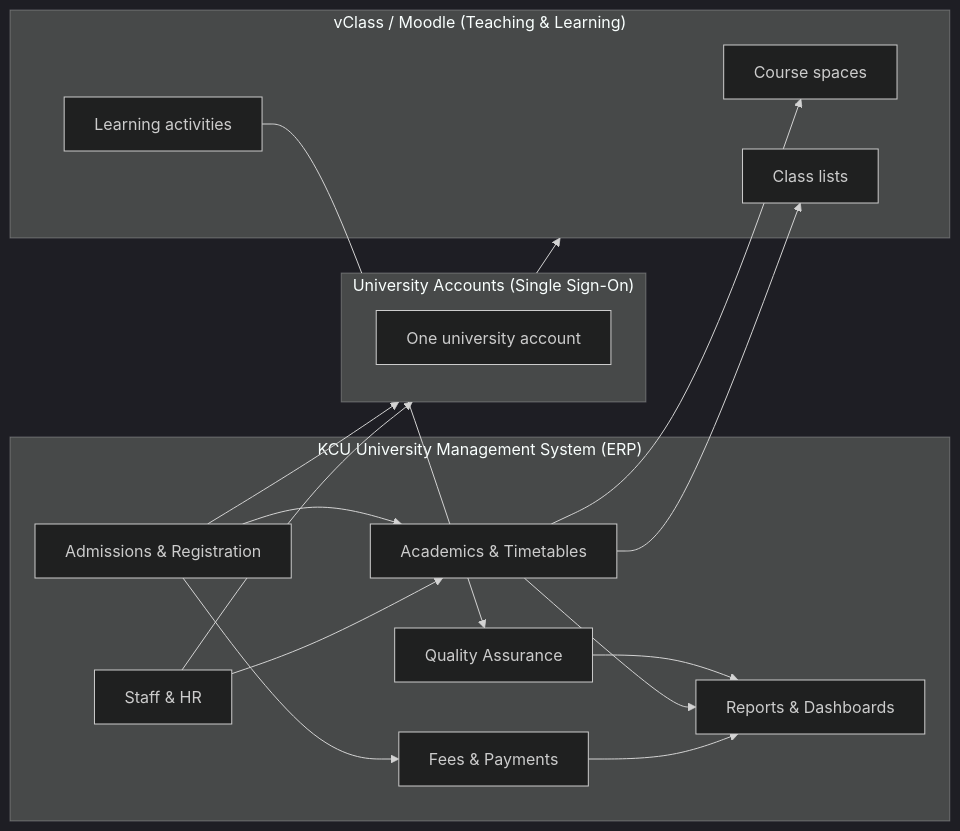
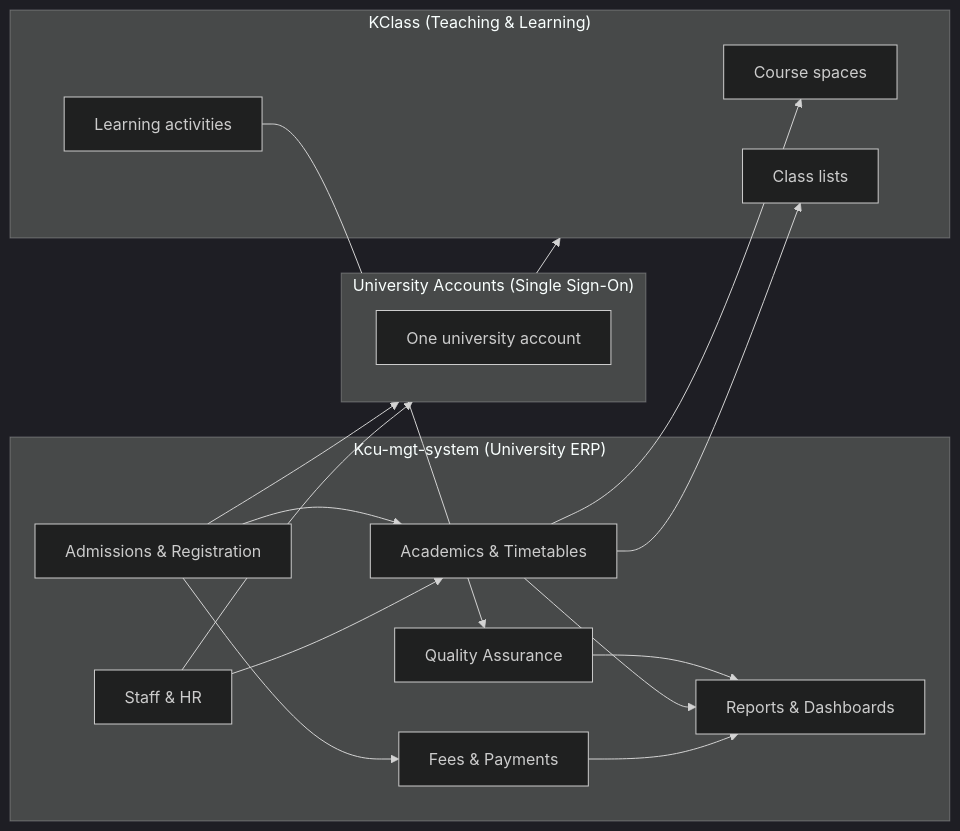
One commit to Iranks20/university-mgt-system-frontend changed the third of 6 diagrams in docs/FLOW_OVERVIEW_README.md. Above: the diagram before and after it, drawn with Mermaid (dark theme). The commit also changed other lines of this file, not shown here.

````diff
--- a/docs/FLOW_OVERVIEW_README.md
+++ b/docs/FLOW_OVERVIEW_README.md
@@ -93,36 +93,36 @@
 ```mermaid
 flowchart LR
-  subgraph KCU["KCU University Management System (ERP)"]
+  subgraph KCU["Kcu-mgt-system (University ERP)"]
     REG[Admissions & Registration]
     ACAD[Academics & Timetables]
     FIN[Fees & Payments]
     HR[Staff & HR]
     QA[Quality Assurance]
     REP[Reports & Dashboards]
   end
 
   subgraph IAM["University Accounts (Single Sign-On)"]
     ID[One university account]
   end
 
-  subgraph LMS["vClass / Moodle (Teaching & Learning)"]
+  subgraph LMS["KClass (Teaching & Learning)"]
     LMSCOURSE[Course spaces]
     LMSENR[Class lists]
     LMSACT[Learning activities]
   end
 
   REG --> ACAD
   REG --> FIN
   HR --> ACAD
   QA --> REP
   ACAD --> REP
   FIN --> REP
 
   REG --> IAM
   HR --> IAM
   IAM --> LMS
 
   ACAD --> LMSCOURSE
   ACAD --> LMSENR
   LMSACT --> QA
 ```
````
